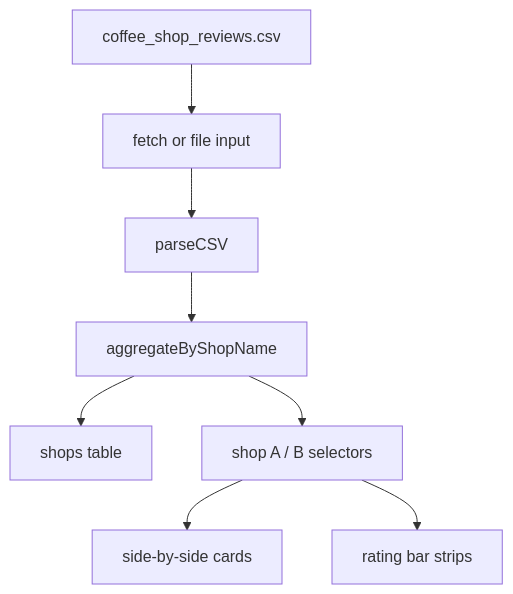
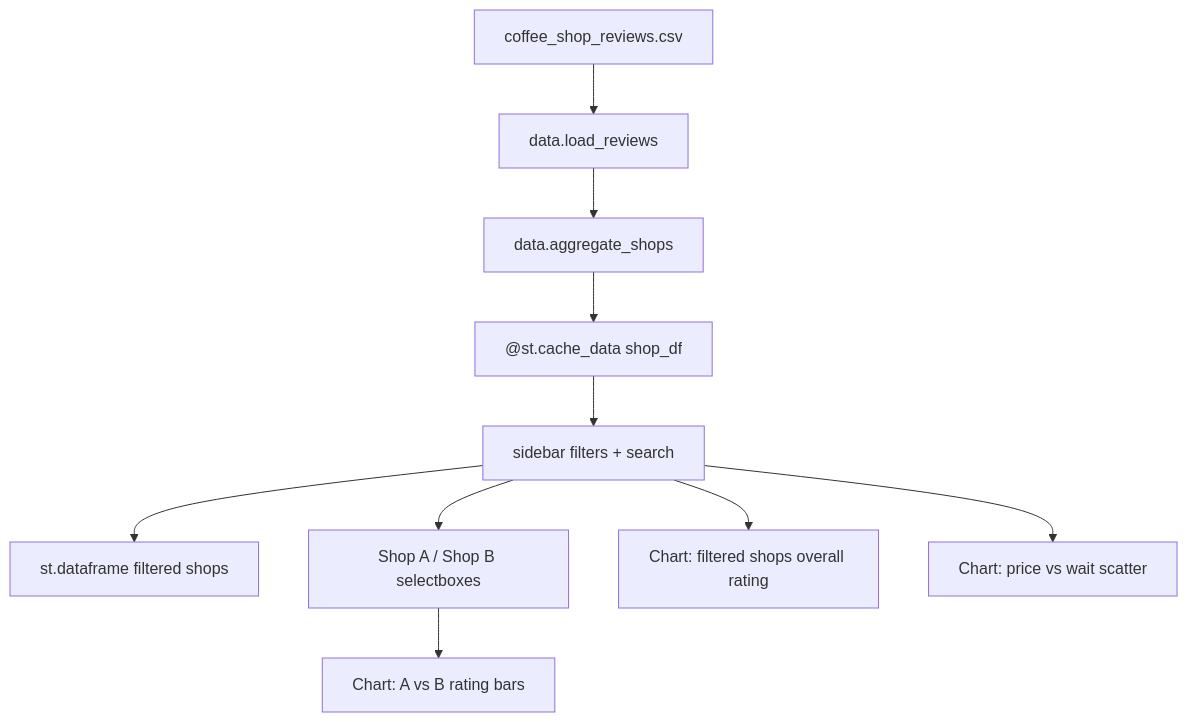
One commit to arutselvan15/ai-native changed the diagram in training/day-1/docs/coffee-shop-comparison/design.md. Above: the diagram before and after it, drawn with Mermaid. The commit also changed other lines of this file and 12 other files, not shown here.

````diff
--- a/training/day-1/docs/coffee-shop-comparison/design.md
+++ b/training/day-1/docs/coffee-shop-comparison/design.md
@@ -22,15 +47,20 @@
 ```mermaid
 flowchart TD
   CSV[coffee_shop_reviews.csv]
-  Load[fetch or file input]
-  Parse[parseCSV]
-  Agg[aggregateByShopName]
-  Table[shops table]
-  Compare[shop A / B selectors]
-  Cards[side-by-side cards]
-  Chart[rating bar strips]
-  CSV --> Load --> Parse --> Agg
-  Agg --> Table
-  Agg --> Compare --> Cards
-  Compare --> Chart
+  Load[data.load_reviews]
+  Agg[data.aggregate_shops]
+  Cache["@st.cache_data shop_df"]
+  Filt[sidebar filters + search]
+  Table[st.dataframe filtered shops]
+  Pick[Shop A / Shop B selectboxes]
+  V1[Chart: A vs B rating bars]
+  V2[Chart: filtered shops overall rating]
+  V3[Chart: price vs wait scatter]
+  CSV --> Load --> Agg --> Cache
+  Cache --> Filt
+  Filt --> Table
+  Filt --> Pick
+  Pick --> V1
+  Filt --> V2
+  Filt --> V3
 ```
````
